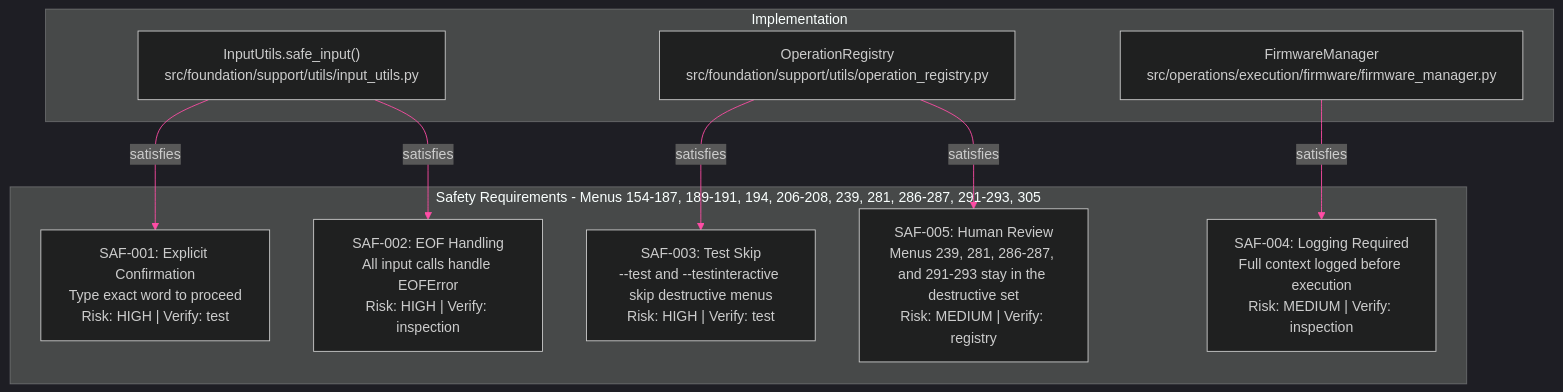
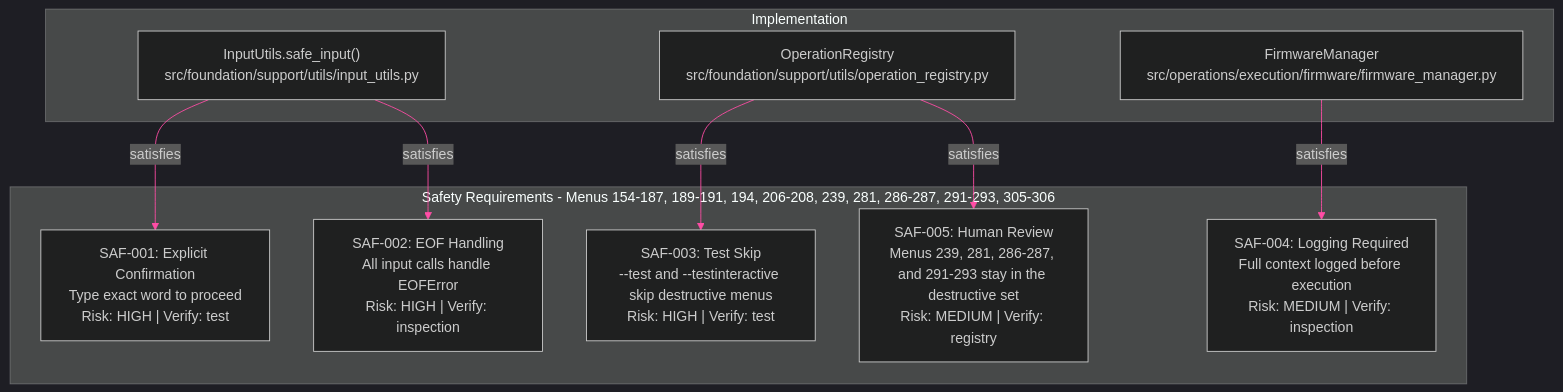
Before and after one commit to jmorrison-juniper/MistHelper: the third of 3 diagrams in documentation/diagrams/operations/operations-reference.md, drawn with Mermaid. The commit also changed other lines of this file and 59 other files, not shown here.

````diff
--- a/documentation/diagrams/operations/operations-reference.md
+++ b/documentation/diagrams/operations/operations-reference.md
@@ -96,31 +96,31 @@
 ```mermaid
 %%{init: {'theme': 'dark', 'themeVariables': {
   'primaryColor': '#E20074',
   'primaryTextColor': '#E0E0E0',
   'primaryBorderColor': '#99004D',
   'lineColor': '#FF4DA6',
   'secondaryColor': '#16213E',
   'tertiaryColor': '#1A1A2E',
   'fontFamily': 'ui-monospace, monospace'
 }}}%%
 flowchart TB
-    subgraph requirements["Safety Requirements - Menus 154-187, 189-191, 194, 206-208, 239, 281, 286-287, 291-293, 305"]
+    subgraph requirements["Safety Requirements - Menus 154-187, 189-191, 194, 206-208, 239, 281, 286-287, 291-293, 305-306"]
         SAF001["SAF-001: Explicit Confirmation<br/>Type exact word to proceed<br/>Risk: HIGH | Verify: test"]
         SAF002["SAF-002: EOF Handling<br/>All input calls handle EOFError<br/>Risk: HIGH | Verify: inspection"]
         SAF003["SAF-003: Test Skip<br/>--test and --testinteractive skip destructive menus<br/>Risk: HIGH | Verify: test"]
         SAF004["SAF-004: Logging Required<br/>Full context logged before execution<br/>Risk: MEDIUM | Verify: inspection"]
         SAF005["SAF-005: Human Review<br/>Menus 239, 281, 286-287, and 291-293 stay in the destructive set<br/>Risk: MEDIUM | Verify: registry"]
     end
 
     subgraph impl["Implementation"]
         si["InputUtils.safe_input()<br/>src/foundation/support/utils/input_utils.py"]
         registry["OperationRegistry<br/>src/foundation/support/utils/operation_registry.py"]
         fm["FirmwareManager<br/>src/operations/execution/firmware/firmware_manager.py"]
     end
 
     si -->|satisfies| SAF001
     si -->|satisfies| SAF002
     registry -->|satisfies| SAF003
     registry -->|satisfies| SAF005
     fm -->|satisfies| SAF004
 ```
````
